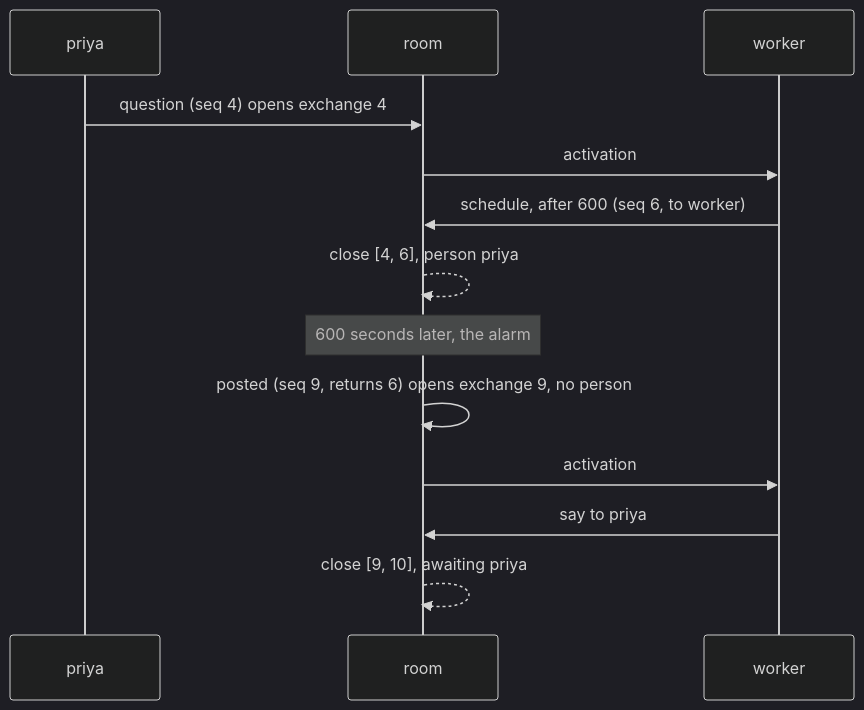
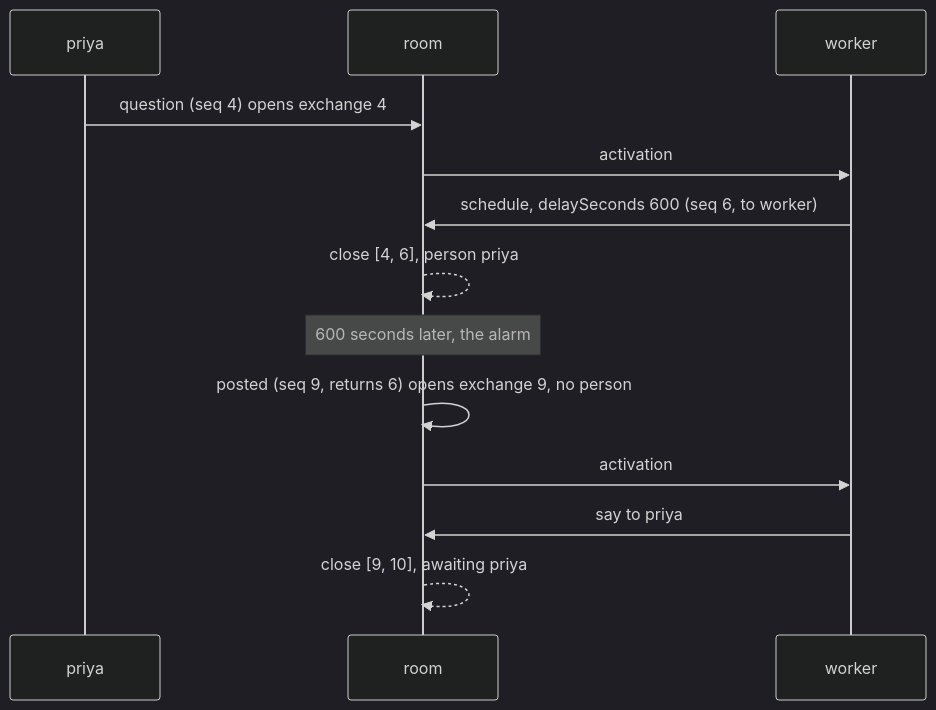
The second of 2 diagrams in docs/exchange.md (ambionframework/ambion), drawn with Mermaid (dark theme) before and after one commit. The commit also changed other lines of this file and 47 other files, not shown here.

First line of the commit message:
Name the scheduled delay delaySeconds (T8) (#447)

````diff
--- a/docs/exchange.md
+++ b/docs/exchange.md
@@ -100,15 +100,15 @@
 ```mermaid
 sequenceDiagram
     participant P as priya
     participant R as room
     participant W as worker
     P->>R: question (seq 4) opens exchange 4
     R->>W: activation
-    W->>R: schedule, after 600 (seq 6, to worker)
+    W->>R: schedule, delaySeconds 600 (seq 6, to worker)
     R-->>R: close [4, 6], person priya
     Note over R: 600 seconds later, the alarm
     R->>R: posted (seq 9, returns 6) opens exchange 9, no person
     R->>W: activation
     W->>R: say to priya
     R-->>R: close [9, 10], awaiting priya
 ```
````
